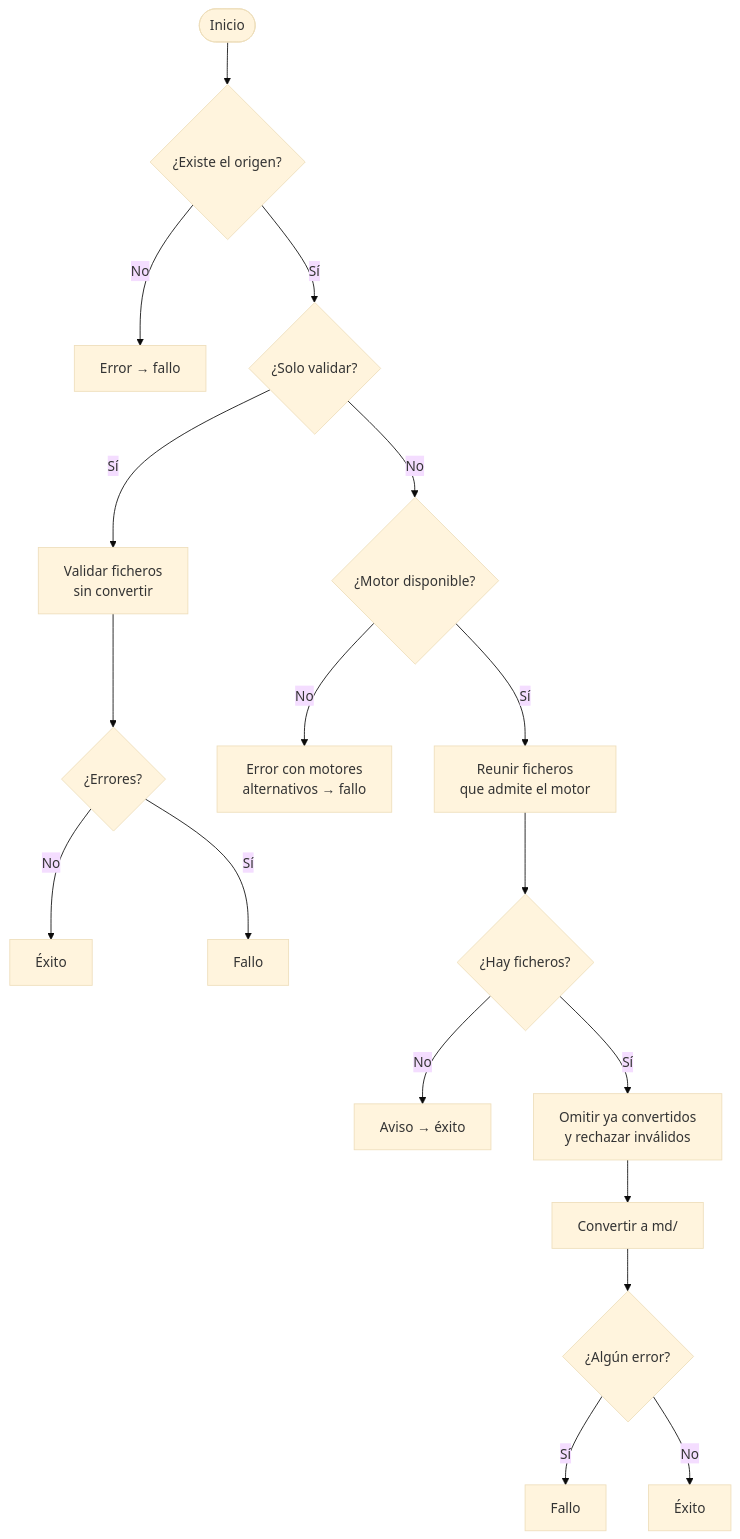
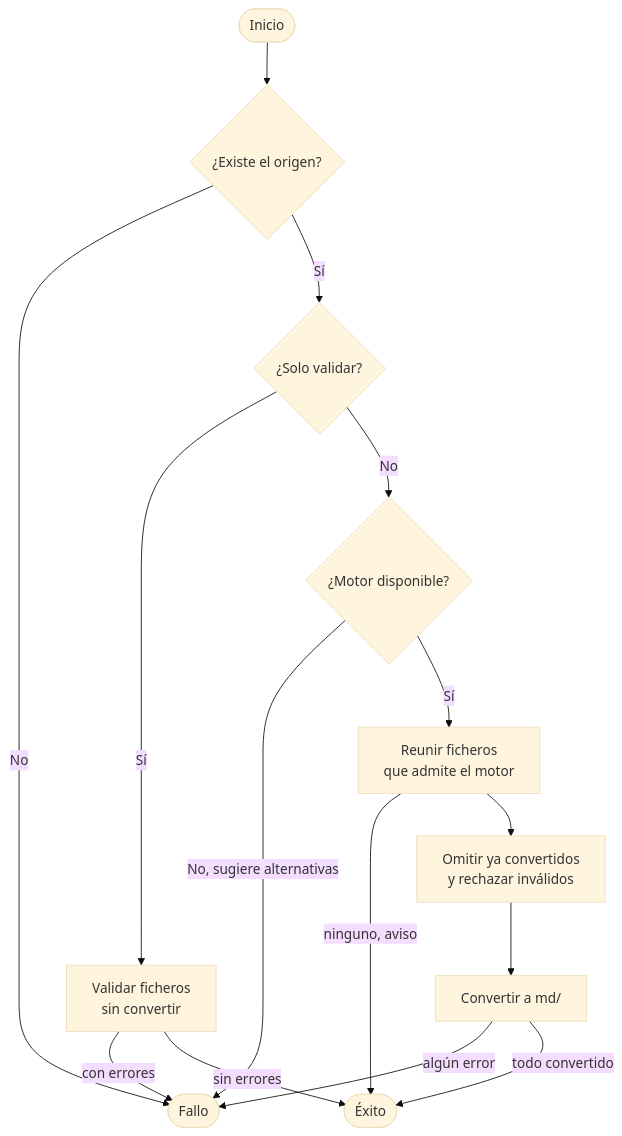
Before and after one commit to fmanza/doc_ia: the diagram in docs/functional/convert_to_md.md, drawn with Mermaid (base theme). The commit also changed 10 other files, not shown here.

First line of the commit message:
docs(diagrams): rediseño de diagramas grandes o duplicados y test de ≤12 nodos

````diff
--- a/docs/functional/convert_to_md.md
+++ b/docs/functional/convert_to_md.md
@@ -48,20 +48,19 @@
 ```mermaid
 flowchart TD
+    accTitle: Conversión de documentos a Markdown
+    accDescr: Si el origen no existe, falla. En modo solo validar revisa los ficheros sin convertir. En modo normal comprueba el motor, reúne los ficheros que admite, omite los ya convertidos, rechaza los inválidos y convierte el resto; cualquier error hace fallar el resultado global.
     A([Inicio]) --> B{¿Existe el origen?}
-    B -- No --> E[Error → fallo]
+    B -- No --> FALLO([Fallo])
     B -- Sí --> VO{¿Solo validar?}
-    VO -- Sí --> VAL[Validar ficheros\nsin convertir]
-    VAL --> VALR{¿Errores?}
-    VALR -- No --> VALOK[Éxito]
-    VALR -- Sí --> VALERR[Fallo]
+    VO -- Sí --> VAL[Validar ficheros<br/>sin convertir]
+    VAL -- con errores --> FALLO
+    VAL -- sin errores --> EXITO([Éxito])
     VO -- No --> ENG{¿Motor disponible?}
-    ENG -- No --> ENGERR[Error con motores\nalternativos → fallo]
-    ENG -- Sí --> CF[Reunir ficheros\nque admite el motor]
-    CF --> G{¿Hay ficheros?}
-    G -- No --> H[Aviso → éxito]
-    G -- Sí --> PRE[Omitir ya convertidos\ny rechazar inválidos]
+    ENG -- No, sugiere alternativas --> FALLO
+    ENG -- Sí --> CF[Reunir ficheros<br/>que admite el motor]
+    CF -- ninguno, aviso --> EXITO
+    CF --> PRE[Omitir ya convertidos<br/>y rechazar inválidos]
     PRE --> CONV[Convertir a md/]
-    CONV --> Q{¿Algún error?}
-    Q -- Sí --> R[Fallo]
-    Q -- No --> S[Éxito]
+    CONV -- algún error --> FALLO
+    CONV -- todo convertido --> EXITO
 ```
````
